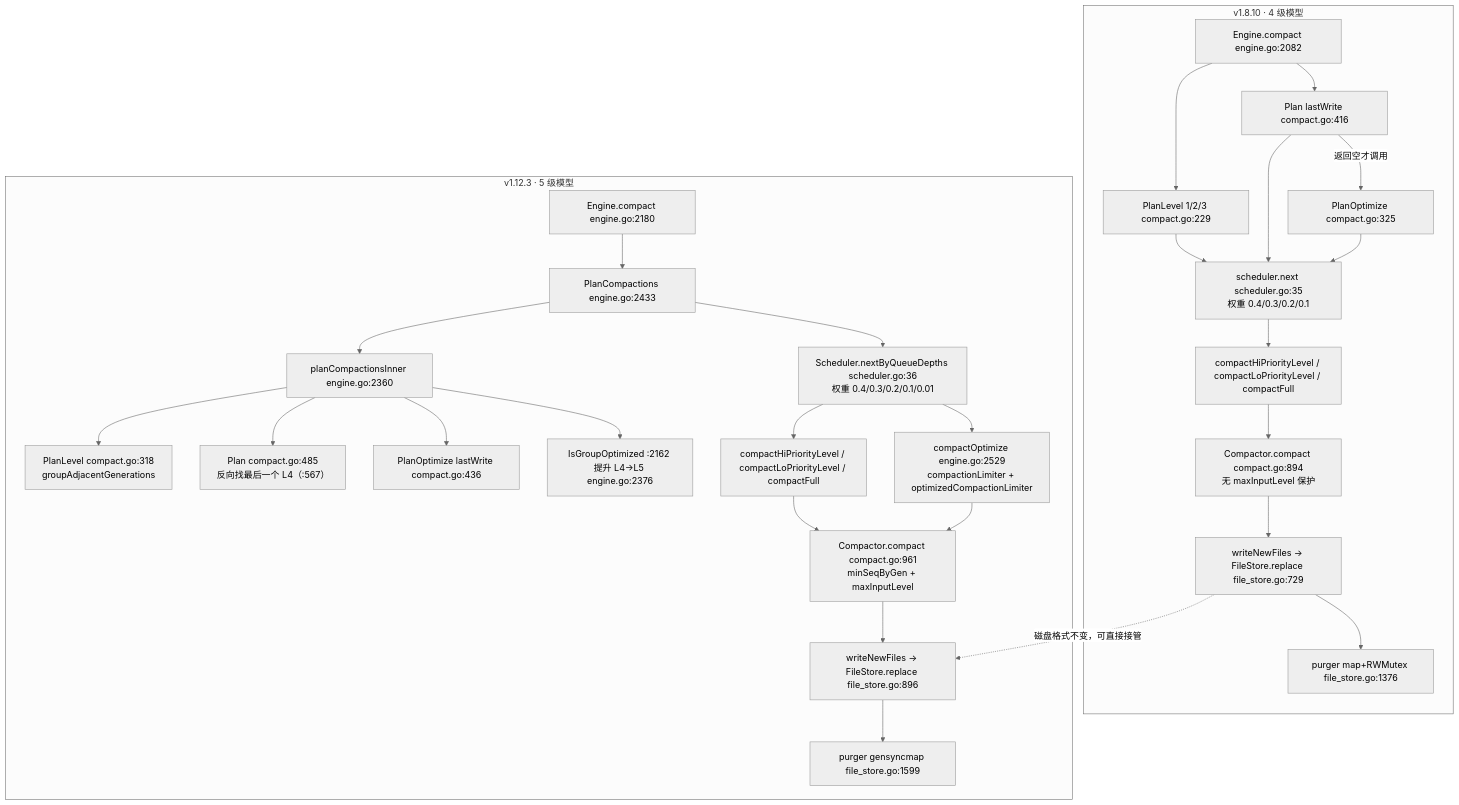
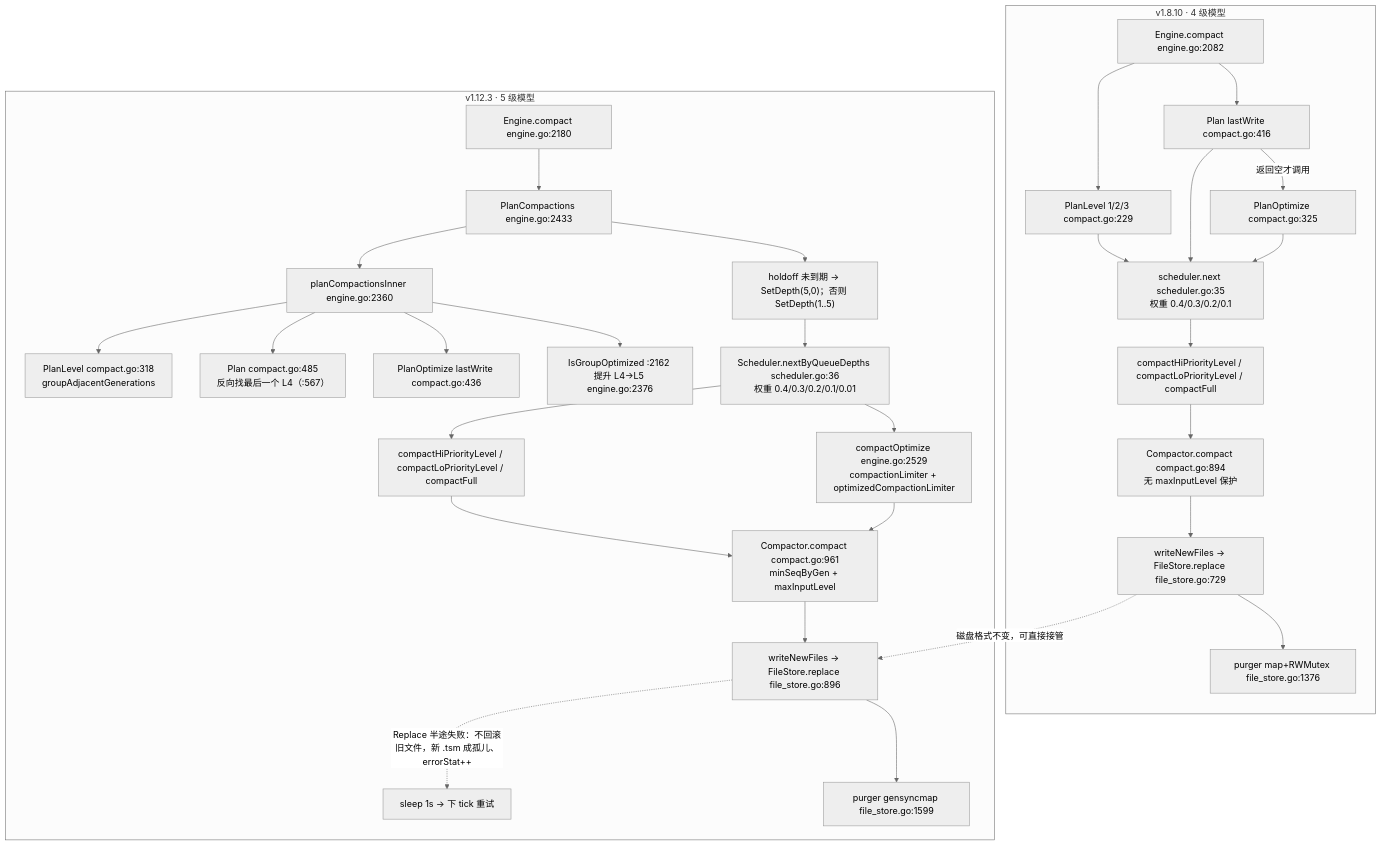
Before and after one commit to stefanv5/influxdb: the first of 3 diagrams in docs/specs/v1.8.10-vs-v1.12.3/04_storage_compaction_diff.md, drawn with Mermaid (neutral theme). The commit also changed other lines of this file and 18 other files, not shown here.

````diff
--- a/docs/specs/v1.8.10-vs-v1.12.3/04_storage_compaction_diff.md
+++ b/docs/specs/v1.8.10-vs-v1.12.3/04_storage_compaction_diff.md
@@ -57,33 +57,35 @@
 ```mermaid
 flowchart TB
     subgraph OLD["v1.8.10 · 4 级模型"]
         O1["Engine.compact engine.go:2082"] --> O2["PlanLevel 1/2/3 compact.go:229"]
         O1 --> O3["Plan lastWrite compact.go:416"]
         O3 -->|"返回空才调用"| O4["PlanOptimize compact.go:325"]
         O2 --> O5["scheduler.next scheduler.go:35<br/>权重 0.4/0.3/0.2/0.1"]
         O3 --> O5
         O4 --> O5
         O5 --> O6["compactHiPriorityLevel / compactLoPriorityLevel / compactFull"]
         O6 --> O7["Compactor.compact compact.go:894<br/>无 maxInputLevel 保护"]
         O7 --> O8["writeNewFiles → FileStore.replace file_store.go:729"]
         O8 --> O9["purger map+RWMutex file_store.go:1376"]
     end
 
     subgraph NEW["v1.12.3 · 5 级模型"]
         N1["Engine.compact engine.go:2180"] --> N2["PlanCompactions engine.go:2433"]
         N2 --> N3["planCompactionsInner engine.go:2360"]
         N3 --> N4["PlanLevel compact.go:318<br/>groupAdjacentGenerations"]
         N3 --> N5["Plan compact.go:485<br/>反向找最后一个 L4（:567）"]
         N3 --> N6["PlanOptimize lastWrite compact.go:436"]
         N3 --> N7["IsGroupOptimized :2162 提升 L4→L5 engine.go:2376"]
-        N2 --> N8["Scheduler.nextByQueueDepths scheduler.go:36<br/>权重 0.4/0.3/0.2/0.1/0.01"]
+        N2 --> N2b["holdoff 未到期 → SetDepth(5,0)；否则 SetDepth(1..5)"]
+        N2b --> N8["Scheduler.nextByQueueDepths scheduler.go:36<br/>权重 0.4/0.3/0.2/0.1/0.01"]
         N8 --> N9["compactHiPriorityLevel / compactLoPriorityLevel / compactFull"]
         N8 --> N10["compactOptimize engine.go:2529<br/>compactionLimiter + optimizedCompactionLimiter"]
         N9 --> N11["Compactor.compact compact.go:961<br/>minSeqByGen + maxInputLevel"]
         N10 --> N11
         N11 --> N12["writeNewFiles → FileStore.replace file_store.go:896"]
+        N12 -. "Replace 半途失败：不回滚旧文件，新 .tsm 成孤儿、errorStat++" .-> N12b["sleep 1s → 下 tick 重试"]
         N12 --> N13["purger gensyncmap file_store.go:1599"]
     end
 
     O8 -.->|"磁盘格式不变，可直接接管"| N12
 ```
````
